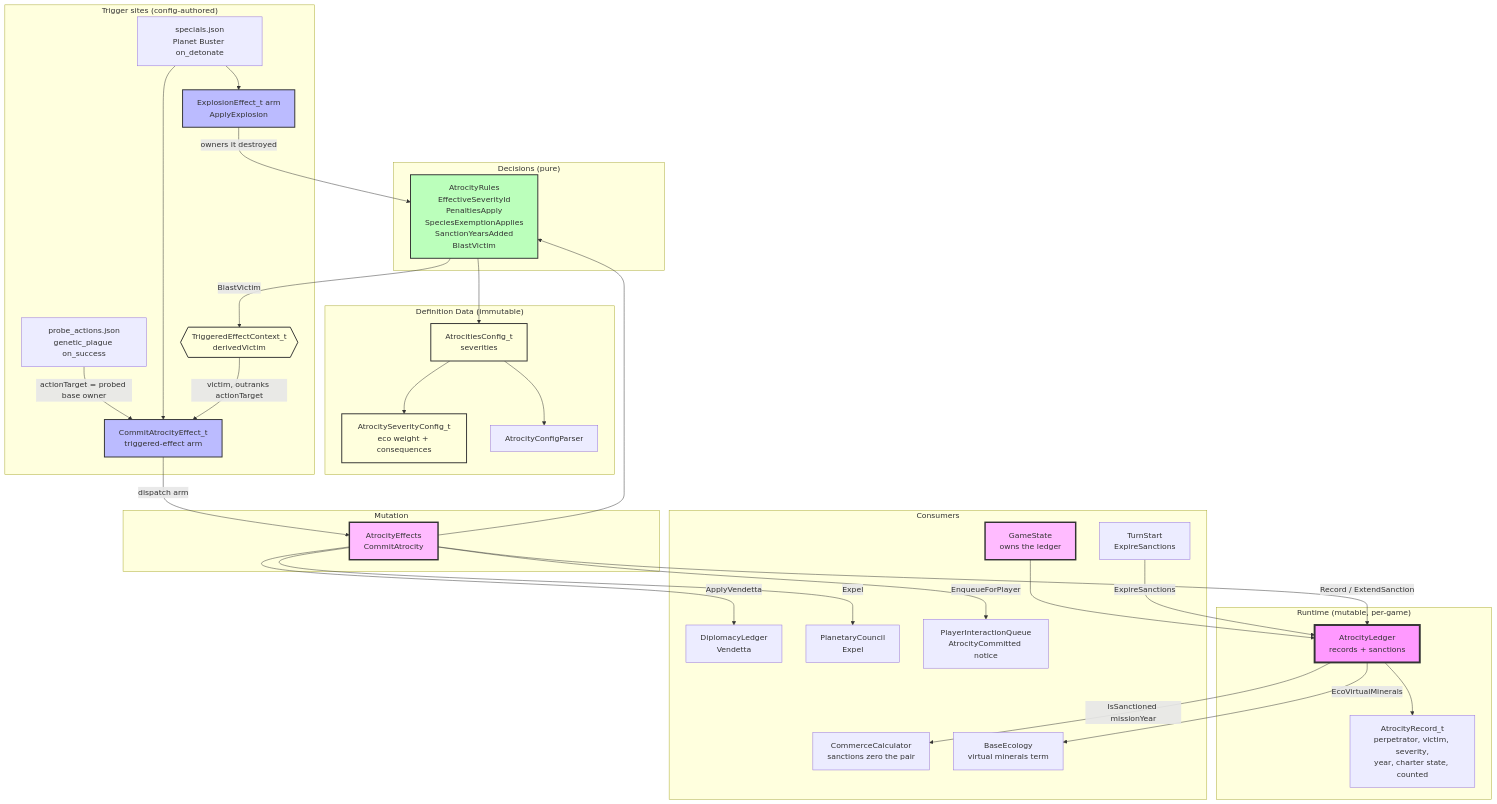
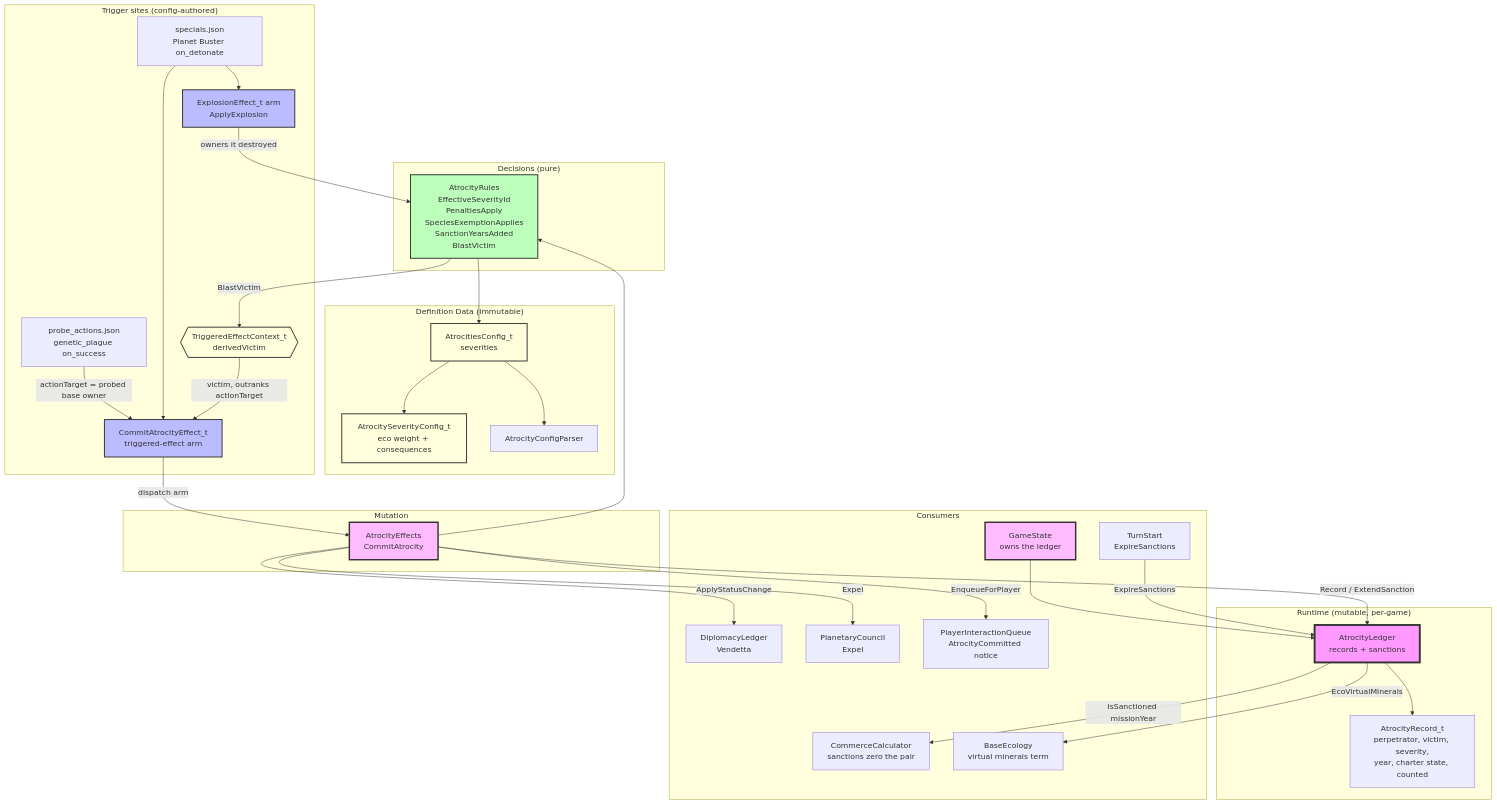
One commit to kilianloftis/alpha-centauri changed the diagram in docs/architecture/atrocity-system.md. Above: the diagram before and after it, drawn with Mermaid. The commit also changed other lines of this file and 86 other files, not shown here.

````diff
--- a/docs/architecture/atrocity-system.md
+++ b/docs/architecture/atrocity-system.md
@@ -3,74 +3,74 @@
 ```mermaid
 graph TB
     subgraph "Runtime (mutable, per-game)"
         AtrocityLedger[AtrocityLedger<br/>records + sanctions]
         AtrocityRecord[AtrocityRecord_t<br/>perpetrator, victim, severity,<br/>year, charter state, counted]
     end
 
     subgraph "Decisions (pure)"
         AtrocityRules[AtrocityRules<br/>EffectiveSeverityId<br/>PenaltiesApply<br/>SpeciesExemptionApplies<br/>SanctionYearsAdded<br/>BlastVictim]
     end
 
     subgraph "Mutation"
         AtrocityEffects[AtrocityEffects<br/>CommitAtrocity]
     end
 
     subgraph "Definition Data (immutable)"
         AtrocitiesConfig[AtrocitiesConfig_t<br/>severities]
         SeverityConfig[AtrocitySeverityConfig_t<br/>eco weight + consequences]
         AtrocityParser[AtrocityConfigParser]
     end
 
     subgraph "Trigger sites (config-authored)"
         CommitArm[CommitAtrocityEffect_t<br/>triggered-effect arm]
         ProbeActions[probe_actions.json<br/>genetic_plague on_success]
         Warheads[specials.json<br/>Planet Buster on_detonate]
         ExplosionArm[ExplosionEffect_t arm<br/>ApplyExplosion]
         DerivedVictim{{"TriggeredEffectContext_t<br/>derivedVictim"}}
     end
 
     subgraph "Consumers"
         GameState[GameState<br/>owns the ledger]
         DiplomacyLedger[DiplomacyLedger<br/>Vendetta]
         PlanetaryCouncil[PlanetaryCouncil<br/>Expel]
         CommerceCalculator[CommerceCalculator<br/>sanctions zero the pair]
         EcoDamage[BaseEcology<br/>virtual minerals term]
         TurnStart[TurnStart<br/>ExpireSanctions]
         Notices[PlayerInteractionQueue<br/>AtrocityCommitted notice]
     end
 
     GameState --> AtrocityLedger
     AtrocityLedger --> AtrocityRecord
 
     ProbeActions -->|actionTarget = probed base owner| CommitArm
     Warheads --> ExplosionArm
     Warheads --> CommitArm
     ExplosionArm -->|owners it destroyed| AtrocityRules
     AtrocityRules -->|BlastVictim| DerivedVictim
     DerivedVictim -->|victim, outranks actionTarget| CommitArm
     CommitArm -->|dispatch arm| AtrocityEffects
 
     AtrocityEffects --> AtrocityRules
     AtrocityEffects -->|Record / ExtendSanction| AtrocityLedger
-    AtrocityEffects -->|ApplyVendetta| DiplomacyLedger
+    AtrocityEffects -->|ApplyStatusChange| DiplomacyLedger
     AtrocityEffects -->|Expel| PlanetaryCouncil
     AtrocityEffects -->|EnqueueForPlayer| Notices
 
     AtrocityRules --> AtrocitiesConfig
     AtrocitiesConfig --> SeverityConfig
     AtrocitiesConfig --> AtrocityParser
 
     AtrocityLedger -->|IsSanctioned missionYear| CommerceCalculator
     AtrocityLedger -->|EcoVirtualMinerals| EcoDamage
     TurnStart -->|ExpireSanctions| AtrocityLedger
 
     style AtrocityLedger fill:#f9f,stroke:#333,stroke-width:4px
     style AtrocityEffects fill:#fbf,stroke:#333,stroke-width:3px
     style AtrocityRules fill:#bfb,stroke:#333,stroke-width:2px
     style AtrocitiesConfig fill:#ffd,stroke:#333,stroke-width:2px
     style SeverityConfig fill:#ffd,stroke:#333,stroke-width:2px
     style CommitArm fill:#bbf,stroke:#333,stroke-width:2px
     style ExplosionArm fill:#bbf,stroke:#333,stroke-width:2px
     style DerivedVictim fill:#ffd,stroke:#333,stroke-width:2px
     style GameState fill:#fbf,stroke:#333,stroke-width:3px
 ```
````
